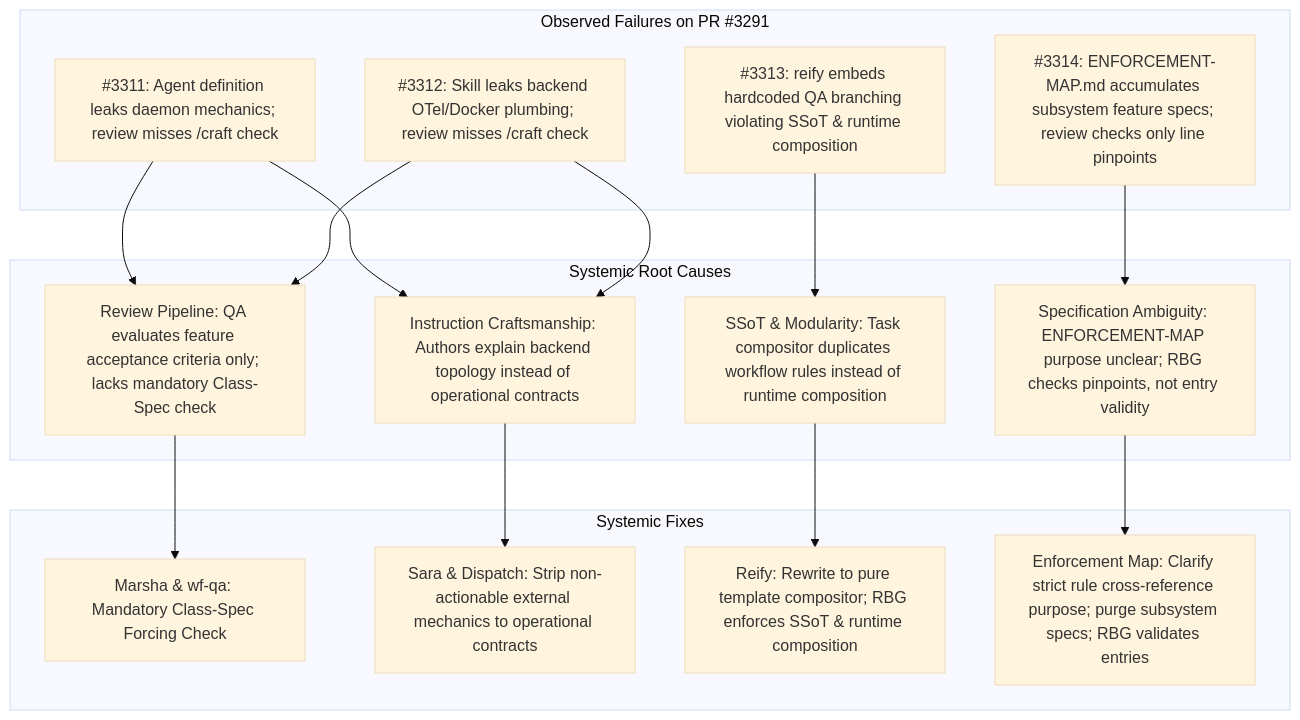
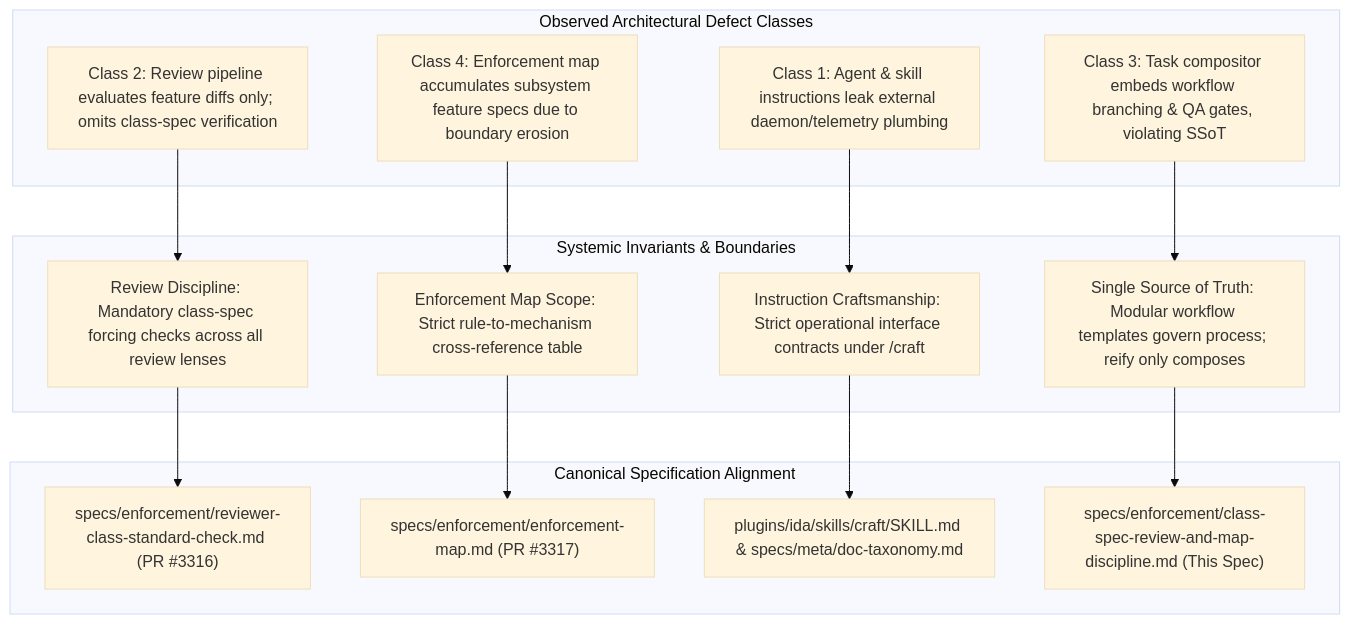
The diagram in specs/enforcement/class-spec-review-and-map-discipline.md (nicsuzor/academicOps), drawn with Mermaid (base theme) before and after one commit. The commit also changed other lines of this file, not shown here.

Commit message:
docs(enforcement): align with companion specs, scrub provenance, and refine invariants

````diff
--- a/specs/enforcement/class-spec-review-and-map-discipline.md
+++ b/specs/enforcement/class-spec-review-and-map-discipline.md
@@ -54,33 +52,33 @@
 ```mermaid
 flowchart TD
-    subgraph Failures ["Observed Failures on PR #3291"]
-        F1["#3311: Agent definition leaks daemon mechanics; review misses /craft check"]
-        F2["#3312: Skill leaks backend OTel/Docker plumbing; review misses /craft check"]
-        F3["#3313: reify embeds hardcoded QA branching violating SSoT & runtime composition"]
-        F4["#3314: ENFORCEMENT-MAP.md accumulates subsystem feature specs; review checks only line pinpoints"]
+    subgraph DefectClasses ["Observed Architectural Defect Classes"]
+        D1["Class 1: Agent & skill instructions leak external daemon/telemetry plumbing"]
+        D2["Class 2: Review pipeline evaluates feature diffs only; omits class-spec verification"]
+        D3["Class 3: Task compositor embeds workflow branching & QA gates, violating SSoT"]
+        D4["Class 4: Enforcement map accumulates subsystem feature specs due to boundary erosion"]
     end
 
-    subgraph Causes ["Systemic Root Causes"]
-        C1["Review Pipeline: QA evaluates feature acceptance criteria only; lacks mandatory Class-Spec check"]
-        C2["Instruction Craftsmanship: Authors explain backend topology instead of operational contracts"]
-        C3["SSoT & Modularity: Task compositor duplicates workflow rules instead of runtime composition"]
-        C4["Specification Ambiguity: ENFORCEMENT-MAP purpose unclear; RBG checks pinpoints, not entry validity"]
+    subgraph SystemicInvariants ["Systemic Invariants & Boundaries"]
+        I1["Instruction Craftsmanship: Strict operational interface contracts under /craft"]
+        I2["Review Discipline: Mandatory class-spec forcing checks across all review lenses"]
+        I3["Single Source of Truth: Modular workflow templates govern process; reify only composes"]
+        I4["Enforcement Map Scope: Strict rule-to-mechanism cross-reference table"]
     end
 
-    subgraph Fixes ["Systemic Fixes"]
-        S1["Marsha & wf-qa: Mandatory Class-Spec Forcing Check"]
-        S2["Sara & Dispatch: Strip non-actionable external mechanics to operational contracts"]
-        S3["Reify: Rewrite to pure template compositor; RBG enforces SSoT & runtime composition"]
-        S4["Enforcement Map: Clarify strict rule cross-reference purpose; purge subsystem specs; RBG validates entries"]
+    subgraph EstablishedSpecs ["Canonical Specification Alignment"]
+        E1["specs/enforcement/reviewer-class-standard-check.md (PR #3316)"]
+        E2["specs/enforcement/enforcement-map.md (PR #3317)"]
+        E3["plugins/ida/skills/craft/SKILL.md & specs/meta/doc-taxonomy.md"]
+        E4["specs/enforcement/class-spec-review-and-map-discipline.md (This Spec)"]
     end
 
-    F1 --> C1 & C2
-    F2 --> C1 & C2
-    F3 --> C3
-    F4 --> C4
+    D1 --> I1
+    D2 --> I2
+    D3 --> I3
+    D4 --> I4
 
-    C1 --> S1
-    C2 --> S2
-    C3 --> S3
-    C4 --> S4
+    I1 --> E3
+    I2 --> E1
+    I3 --> E4
+    I4 --> E2
 ```
````
